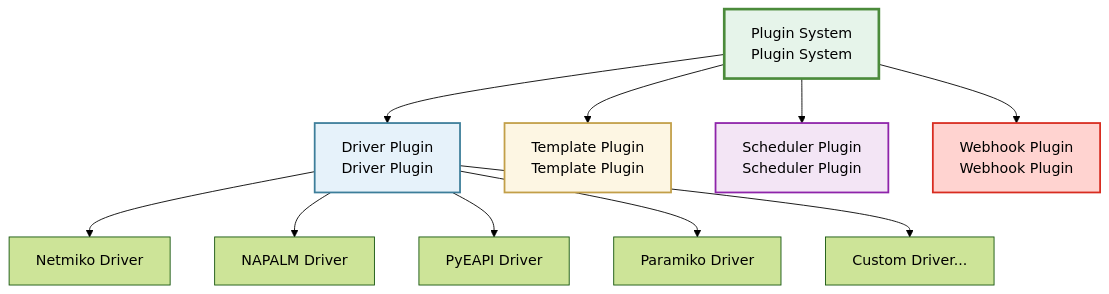
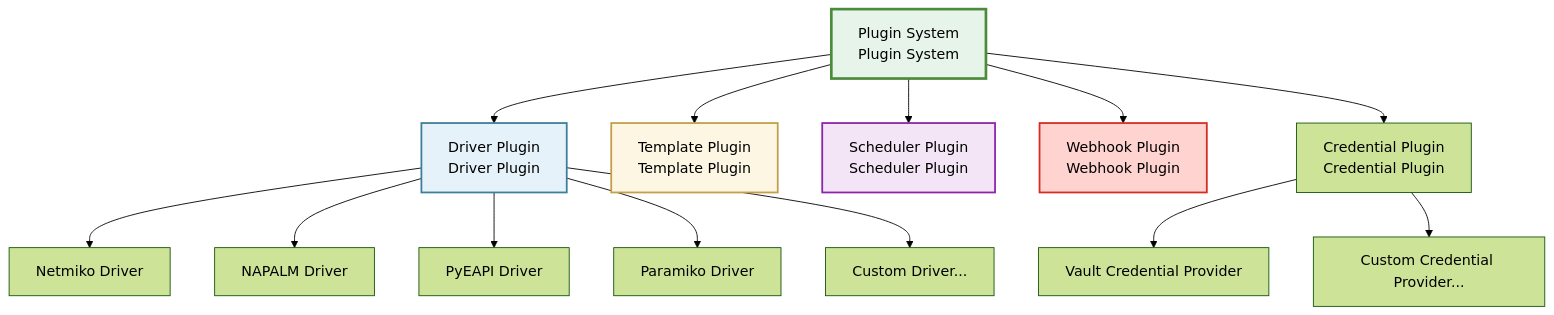
One commit to scitix/netpulse changed the first of 3 diagrams in docs/en/architecture/plugin-system.md. Above: the diagram before and after it, drawn with Mermaid (forest theme). The commit also changed other lines of this file and 68 other files, not shown here.

````diff
--- a/docs/en/architecture/plugin-system.md
+++ b/docs/en/architecture/plugin-system.md
@@ -14,21 +14,25 @@
 ```mermaid
 graph TB
     Plugin[Plugin System<br/>Plugin System]
     
     Plugin --> Driver[Driver Plugin<br/>Driver Plugin]
     Plugin --> Template[Template Plugin<br/>Template Plugin]
     Plugin --> Scheduler[Scheduler Plugin<br/>Scheduler Plugin]
     Plugin --> Webhook[Webhook Plugin<br/>Webhook Plugin]
+    Plugin --> Credential[Credential Plugin<br/>Credential Plugin]
     
     Driver --> Netmiko[Netmiko Driver]
     Driver --> NAPALM[NAPALM Driver]
     Driver --> PyEAPI[PyEAPI Driver]
     Driver --> Paramiko[Paramiko Driver]
     Driver --> Custom[Custom Driver...]
     
+    Credential --> Vault[Vault Credential Provider]
+    Credential --> CustomCred[Custom Credential Provider...]
+    
     style Plugin fill:#E6F4EA,stroke:#4B8B3B,stroke-width:3px
     style Driver fill:#E6F2FA,stroke:#3D7E9A,stroke-width:2px
     style Template fill:#FDF6E3,stroke:#C29F48,stroke-width:2px
     style Scheduler fill:#F3E5F5,stroke:#8E24AA,stroke-width:2px
     style Webhook fill:#FFD3D0,stroke:#D82C20,stroke-width:2px
 ```
````
